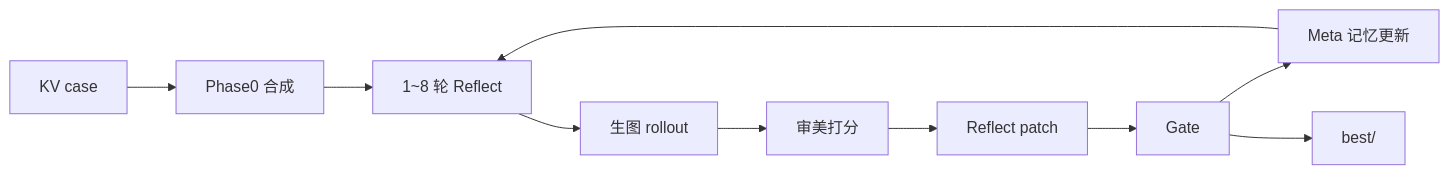
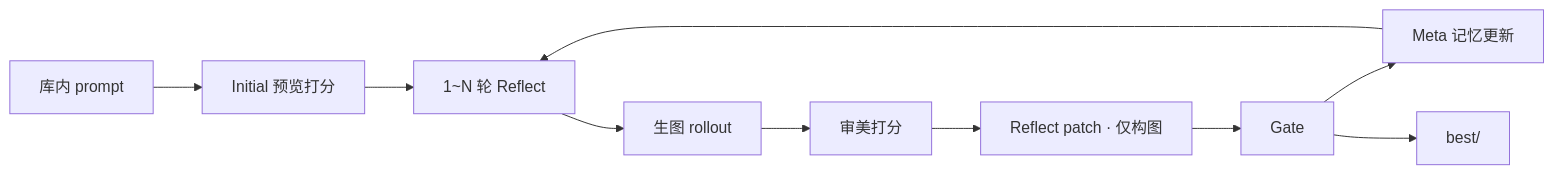
The diagram in README.md (kuailefengnan2024/prompt-opt), drawn with Mermaid before and after one commit. The commit also changed other lines of this file and 17 other files, not shown here.

````diff
--- a/README.md
+++ b/README.md
@@ -8,12 +8,12 @@
 ```mermaid
 flowchart LR
-    IN[KV case] --> P0[Phase0 合成]
-    P0 --> LOOP[1~8 轮 Reflect]
+    IN[库内 prompt] --> INIT[Initial 预览打分]
+    INIT --> LOOP[1~N 轮 Reflect]
     LOOP --> R[生图 rollout]
     R --> A[审美打分]
-    A --> REF[Reflect patch]
+    A --> REF[Reflect patch · 仅构图]
     REF --> G[Gate]
     G --> META[Meta 记忆更新]
     META --> LOOP
     G --> OUT[best/]
 ```
````
